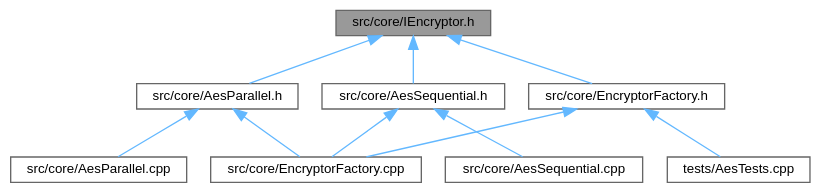
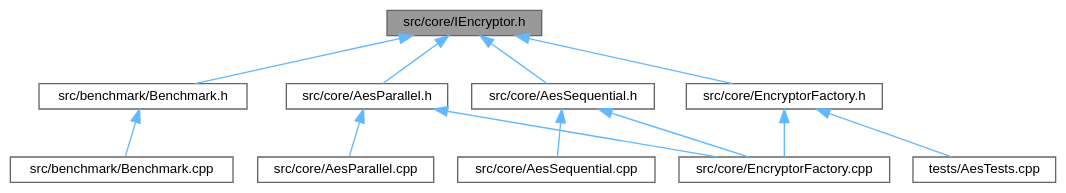
The diagram in IEncryptor_8h__dep__incl.dot (wwerniss/aes-encryptor), drawn with Graphviz before and after one commit. The commit also changed 89 other files, not shown here.

```diff
--- a/IEncryptor_8h__dep__incl.dot
+++ b/IEncryptor_8h__dep__incl.dot
@@ -1,24 +1,28 @@
 digraph "src/core/IEncryptor.h"
 {
  // LATEX_PDF_SIZE
   bgcolor="transparent";
   edge [fontname=Helvetica,fontsize=10,labelfontname=Helvetica,labelfontsize=10];
   node [fontname=Helvetica,fontsize=10,shape=box,height=0.2,width=0.4];
   Node1 [id="Node000001",label="src/core/IEncryptor.h",height=0.2,width=0.4,color="gray40", fillcolor="grey60", style="filled", fontcolor="black",tooltip=" "];
   Node1 -> Node2 [id="edge1_Node000001_Node000002",dir="back",color="steelblue1",style="solid",tooltip=" "];
-  Node2 [id="Node000002",label="src/core/AesParallel.h",height=0.2,width=0.4,color="grey40", fillcolor="white", style="filled",URL="$AesParallel_8h.html",tooltip=" "];
+  Node2 [id="Node000002",label="src/benchmark/Benchmark.h",height=0.2,width=0.4,color="grey40", fillcolor="white", style="filled",URL="$Benchmark_8h.html",tooltip=" "];
   Node2 -> Node3 [id="edge2_Node000002_Node000003",dir="back",color="steelblue1",style="solid",tooltip=" "];
-  Node3 [id="Node000003",label="src/core/AesParallel.cpp",height=0.2,width=0.4,color="grey40", fillcolor="white", style="filled",URL="$AesParallel_8cpp.html",tooltip=" "];
-  Node2 -> Node4 [id="edge3_Node000002_Node000004",dir="back",color="steelblue1",style="solid",tooltip=" "];
-  Node4 [id="Node000004",label="src/core/EncryptorFactory.cpp",height=0.2,width=0.4,color="grey40", fillcolor="white", style="filled",URL="$EncryptorFactory_8cpp.html",tooltip=" "];
-  Node1 -> Node5 [id="edge4_Node000001_Node000005",dir="back",color="steelblue1",style="solid",tooltip=" "];
-  Node5 [id="Node000005",label="src/core/AesSequential.h",height=0.2,width=0.4,color="grey40", fillcolor="white", style="filled",URL="$AesSequential_8h.html",tooltip=" "];
-  Node5 -> Node6 [id="edge5_Node000005_Node000006",dir="back",color="steelblue1",style="solid",tooltip=" "];
-  Node6 [id="Node000006",label="src/core/AesSequential.cpp",height=0.2,width=0.4,color="grey40", fillcolor="white", style="filled",URL="$AesSequential_8cpp.html",tooltip=" "];
-  Node5 -> Node4 [id="edge6_Node000005_Node000004",dir="back",color="steelblue1",style="solid",tooltip=" "];
-  Node1 -> Node7 [id="edge7_Node000001_Node000007",dir="back",color="steelblue1",style="solid",tooltip=" "];
-  Node7 [id="Node000007",label="src/core/EncryptorFactory.h",height=0.2,width=0.4,color="grey40", fillcolor="white", style="filled",URL="$EncryptorFactory_8h.html",tooltip=" "];
-  Node7 -> Node4 [id="edge8_Node000007_Node000004",dir="back",color="steelblue1",style="solid",tooltip=" "];
-  Node7 -> Node8 [id="edge9_Node000007_Node000008",dir="back",color="steelblue1",style="solid",tooltip=" "];
-  Node8 [id="Node000008",label="tests/AesTests.cpp",height=0.2,width=0.4,color="grey40", fillcolor="white", style="filled",URL="$AesTests_8cpp.html",tooltip=" "];
+  Node3 [id="Node000003",label="src/benchmark/Benchmark.cpp",height=0.2,width=0.4,color="grey40", fillcolor="white", style="filled",URL="$Benchmark_8cpp.html",tooltip=" "];
+  Node1 -> Node4 [id="edge3_Node000001_Node000004",dir="back",color="steelblue1",style="solid",tooltip=" "];
+  Node4 [id="Node000004",label="src/core/AesParallel.h",height=0.2,width=0.4,color="grey40", fillcolor="white", style="filled",URL="$AesParallel_8h.html",tooltip=" "];
+  Node4 -> Node5 [id="edge4_Node000004_Node000005",dir="back",color="steelblue1",style="solid",tooltip=" "];
+  Node5 [id="Node000005",label="src/core/AesParallel.cpp",height=0.2,width=0.4,color="grey40", fillcolor="white", style="filled",URL="$AesParallel_8cpp.html",tooltip=" "];
+  Node4 -> Node6 [id="edge5_Node000004_Node000006",dir="back",color="steelblue1",style="solid",tooltip=" "];
+  Node6 [id="Node000006",label="src/core/EncryptorFactory.cpp",height=0.2,width=0.4,color="grey40", fillcolor="white", style="filled",URL="$EncryptorFactory_8cpp.html",tooltip=" "];
+  Node1 -> Node7 [id="edge6_Node000001_Node000007",dir="back",color="steelblue1",style="solid",tooltip=" "];
+  Node7 [id="Node000007",label="src/core/AesSequential.h",height=0.2,width=0.4,color="grey40", fillcolor="white", style="filled",URL="$AesSequential_8h.html",tooltip=" "];
+  Node7 -> Node8 [id="edge7_Node000007_Node000008",dir="back",color="steelblue1",style="solid",tooltip=" "];
+  Node8 [id="Node000008",label="src/core/AesSequential.cpp",height=0.2,width=0.4,color="grey40", fillcolor="white", style="filled",URL="$AesSequential_8cpp.html",tooltip=" "];
+  Node7 -> Node6 [id="edge8_Node000007_Node000006",dir="back",color="steelblue1",style="solid",tooltip=" "];
+  Node1 -> Node9 [id="edge9_Node000001_Node000009",dir="back",color="steelblue1",style="solid",tooltip=" "];
+  Node9 [id="Node000009",label="src/core/EncryptorFactory.h",height=0.2,width=0.4,color="grey40", fillcolor="white", style="filled",URL="$EncryptorFactory_8h.html",tooltip=" "];
+  Node9 -> Node6 [id="edge10_Node000009_Node000006",dir="back",color="steelblue1",style="solid",tooltip=" "];
+  Node9 -> Node10 [id="edge11_Node000009_Node000010",dir="back",color="steelblue1",style="solid",tooltip=" "];
+  Node10 [id="Node000010",label="tests/AesTests.cpp",height=0.2,width=0.4,color="grey40", fillcolor="white", style="filled",URL="$AesTests_8cpp.html",tooltip=" "];
 }
```
